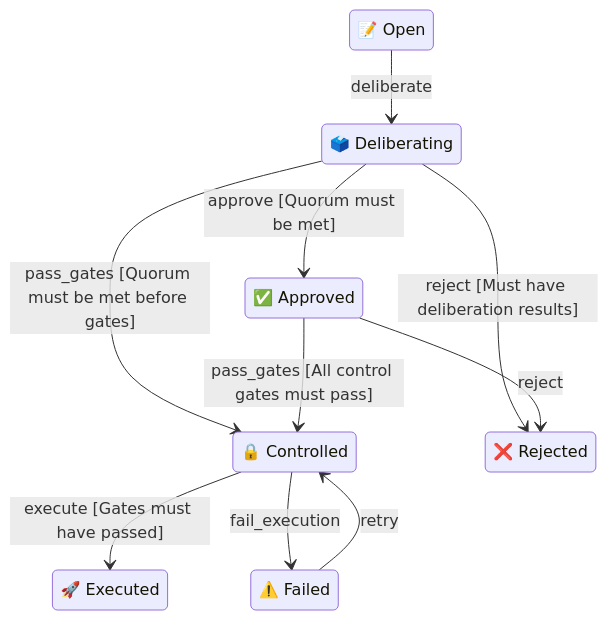
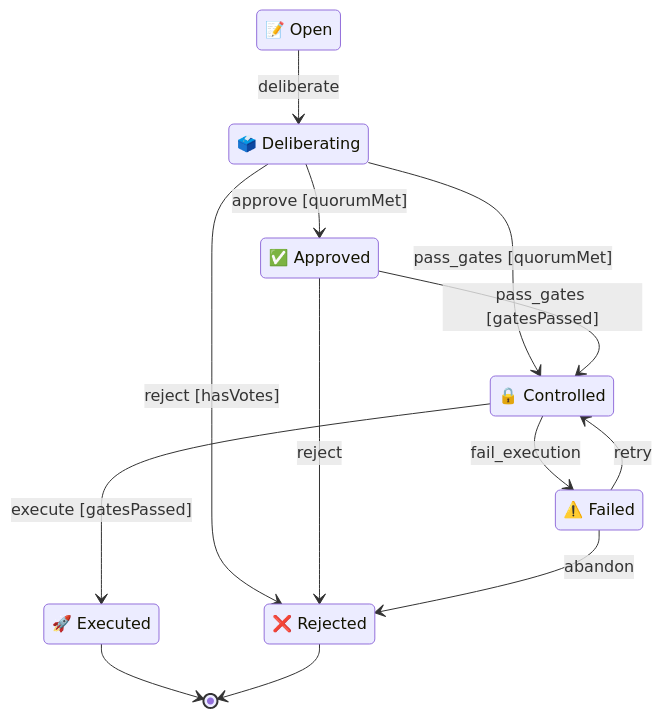
Before and after one commit to guyghost/pi-swarm-dao: the diagram in docs/dao/state-machine.md, drawn with Mermaid. The commit also changed other lines of this file and 7 other files, not shown here.

First line of the commit message:
feat: Phase 4 — exhaustive FSM test matrix, amendmentState sync, mermaid docs

````diff
--- a/docs/dao/state-machine.md
+++ b/docs/dao/state-machine.md
@@ -5,22 +5,27 @@
 ```mermaid
 stateDiagram-v2
     direction TB
 
+    %% States
     open : 📝 Open
     deliberating : 🗳️ Deliberating
     approved : ✅ Approved
     controlled : 🔒 Controlled
-    executed : 🚀 Executed
+    state "🚀 Executed" as executed
+    executed --> [*]
     failed : ⚠️ Failed
-    rejected : ❌ Rejected
+    state "❌ Rejected" as rejected
+    rejected --> [*]
 
+    %% Transitions
     open --> deliberating : deliberate
-    deliberating --> approved : approve [Quorum must be met]
-    deliberating --> rejected : reject [Must have deliberation results]
-    deliberating --> controlled : pass_gates [Quorum must be met before gates]
-    approved --> controlled : pass_gates [All control gates must pass]
+    deliberating --> approved : approve [quorumMet]
+    deliberating --> rejected : reject [hasVotes]
+    deliberating --> controlled : pass_gates [quorumMet]
+    approved --> controlled : pass_gates [gatesPassed]
     approved --> rejected : reject
-    controlled --> executed : execute [Gates must have passed]
+    controlled --> executed : execute [gatesPassed]
     controlled --> failed : fail_execution
     failed --> controlled : retry
+    failed --> rejected : abandon
 ```
````
